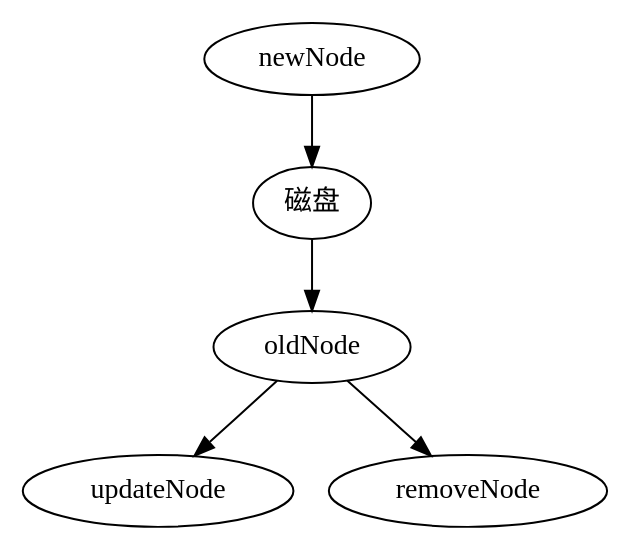
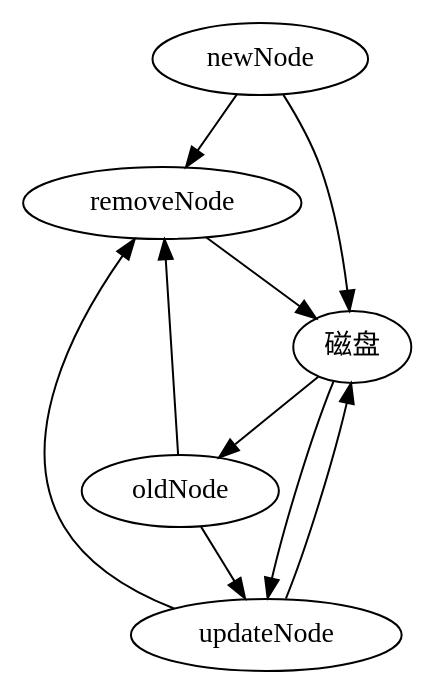
Before and after one commit to rectcircle/course-design-DBMS: the first of 7 diagrams in doc/3-索引存储引擎.md, drawn with Graphviz. The commit also changed other lines of this file and 9 other files, not shown here.

````diff
--- a/doc/3-索引存储引擎.md
+++ b/doc/3-索引存储引擎.md
@@ -107,13 +109,18 @@
 ```dot
-digraph LRUCache {
+digraph nodestatus {
   newNode
   oldNode
   updateNode
   removeNode
 
   newNode -> 磁盘
   磁盘 -> oldNode
   oldNode -> updateNode
+  磁盘 -> updateNode
+  updateNode -> 磁盘
+  removeNode -> 磁盘
+  updateNode->removeNode
   oldNode -> removeNode
+  newNode->removeNode
 }
 ```
````
